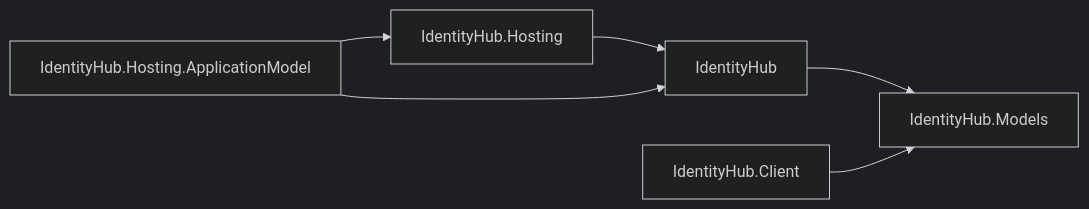
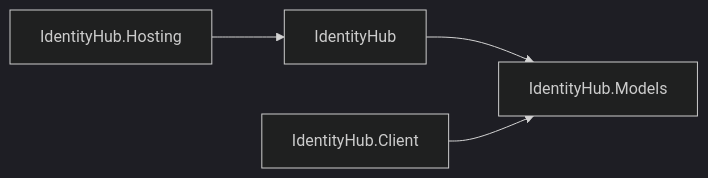
Diagram 16 of 27 in docs/DEPENDENCIES.md (assimalign/cohesion), drawn with Mermaid (dark theme) before and after one commit. The commit also changed other lines of this file and 144 other files, not shown here.

First line of the commit message:
feat(fabric): add the fabric/ root with base application-model contracts

````diff
--- a/docs/DEPENDENCIES.md
+++ b/docs/DEPENDENCIES.md
@@ -736,13 +765,10 @@
 ```mermaid
 flowchart LR
     N0["IdentityHub"]
     N1["IdentityHub.Client"]
     N2["IdentityHub.Hosting"]
-    N3["IdentityHub.Hosting.ApplicationModel"]
-    N4["IdentityHub.Models"]
-    N0 --> N4
-    N1 --> N4
+    N3["IdentityHub.Models"]
+    N0 --> N3
+    N1 --> N3
     N2 --> N0
-    N3 --> N0
-    N3 --> N2
 ```
````
